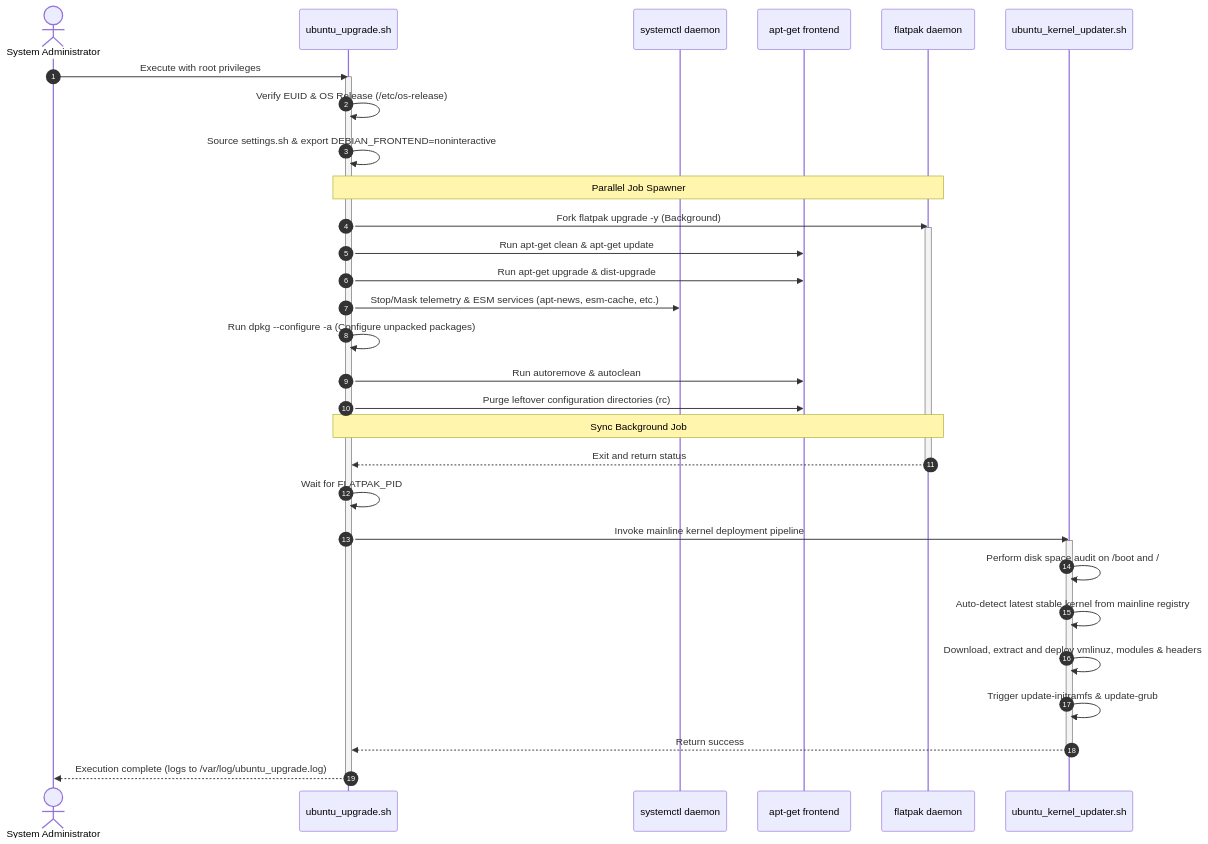
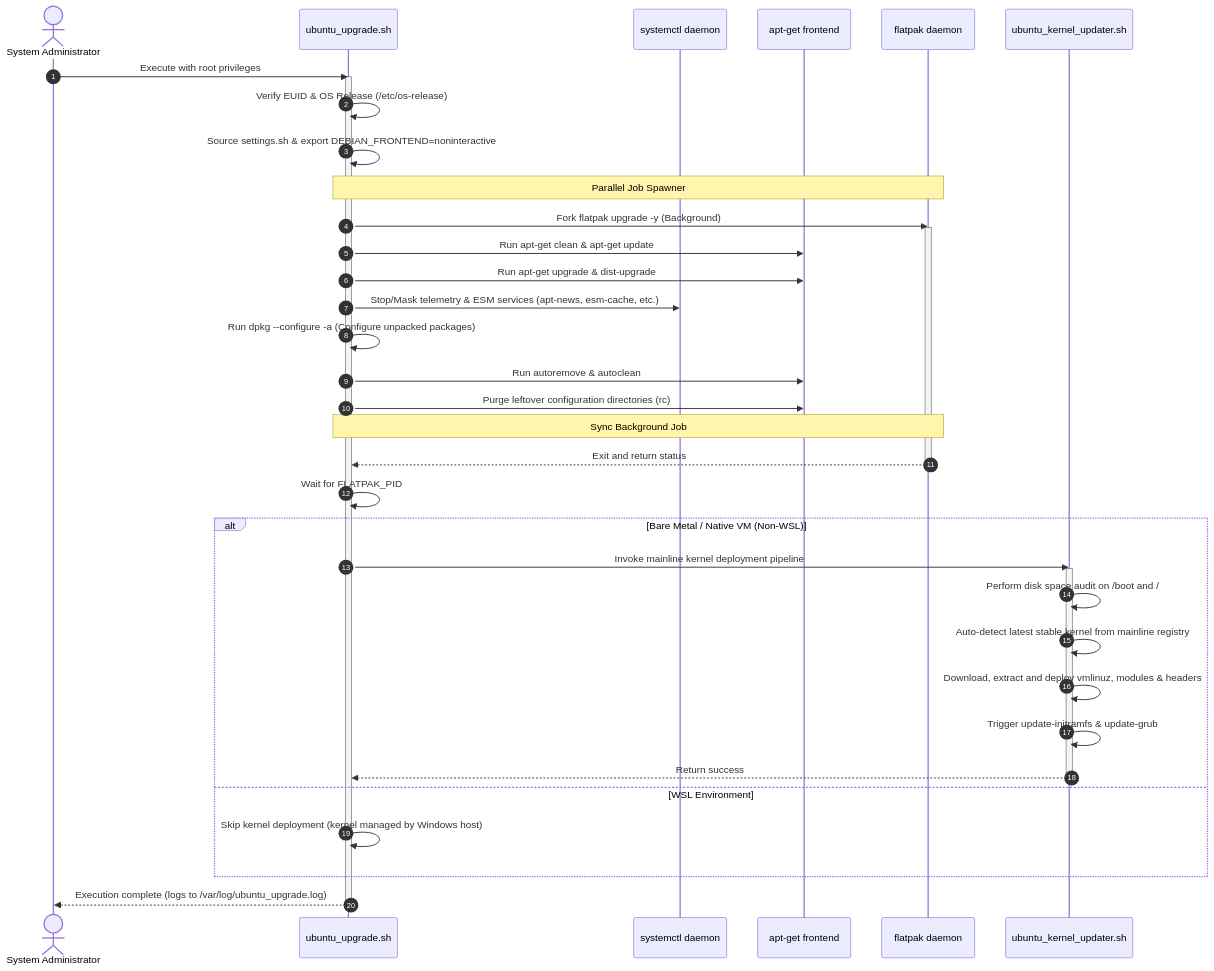
One commit to edsilegxrepo/devops changed the diagram in os_sys/ubuntu_upgrade_README.md. Above: the diagram before and after it, drawn with Mermaid. The commit also changed other lines of this file and 1 other file, not shown here.

Commit message:
feat(os_sys): support WSL execution and enhance environment resilience in ubuntu_upgrade.sh
- Detect WSL environments and bypass mainline kernel deployment pipeline

- Gracefully source settings.sh from /opt/scripts or user home directory

- Report detected OS name when rejecting unsupported platforms

- Document WSL bash login mode requirement in ubuntu_upgrade_README.md

````diff
--- a/os_sys/ubuntu_upgrade_README.md
+++ b/os_sys/ubuntu_upgrade_README.md
@@ -43,43 +48,47 @@
 ```mermaid
 sequenceDiagram
     autonumber
     actor Admin as System Administrator
     participant Upgrader as ubuntu_upgrade.sh
     participant Systemctl as systemctl daemon
     participant APT as apt-get frontend
     participant Flatpak as flatpak daemon
     participant Kernel as ubuntu_kernel_updater.sh
 
     Admin->>Upgrader: Execute with root privileges
     activate Upgrader
     Upgrader->>Upgrader: Verify EUID & OS Release (/etc/os-release)
     Upgrader->>Upgrader: Source settings.sh & export DEBIAN_FRONTEND=noninteractive
     
     Note over Upgrader, Flatpak: Parallel Job Spawner
     Upgrader->>Flatpak: Fork flatpak upgrade -y (Background)
     activate Flatpak
 
     Upgrader->>APT: Run apt-get clean & apt-get update
     Upgrader->>APT: Run apt-get upgrade & dist-upgrade
     Upgrader->>Systemctl: Stop/Mask telemetry & ESM services (apt-news, esm-cache, etc.)
     Upgrader->>Upgrader: Run dpkg --configure -a (Configure unpacked packages)
     Upgrader->>APT: Run autoremove & autoclean
     Upgrader->>APT: Purge leftover configuration directories (rc)
     
     Note over Upgrader, Flatpak: Sync Background Job
     Flatpak-->>Upgrader: Exit and return status
     deactivate Flatpak
     Upgrader->>Upgrader: Wait for FLATPAK_PID
 
-    Upgrader->>Kernel: Invoke mainline kernel deployment pipeline
-    activate Kernel
-    Kernel->>Kernel: Perform disk space audit on /boot and /
-    Kernel->>Kernel: Auto-detect latest stable kernel from mainline registry
-    Kernel->>Kernel: Download, extract and deploy vmlinuz, modules & headers
-    Kernel->>Kernel: Trigger update-initramfs & update-grub
-    Kernel-->>Upgrader: Return success
-    deactivate Kernel
+    alt Bare Metal / Native VM (Non-WSL)
+        Upgrader->>Kernel: Invoke mainline kernel deployment pipeline
+        activate Kernel
+        Kernel->>Kernel: Perform disk space audit on /boot and /
+        Kernel->>Kernel: Auto-detect latest stable kernel from mainline registry
+        Kernel->>Kernel: Download, extract and deploy vmlinuz, modules & headers
+        Kernel->>Kernel: Trigger update-initramfs & update-grub
+        Kernel-->>Upgrader: Return success
+        deactivate Kernel
+    else WSL Environment
+        Upgrader->>Upgrader: Skip kernel deployment (kernel managed by Windows host)
+    end
 
     Upgrader-->>Admin: Execution complete (logs to /var/log/ubuntu_upgrade.log)
     deactivate Upgrader
 ```
````
